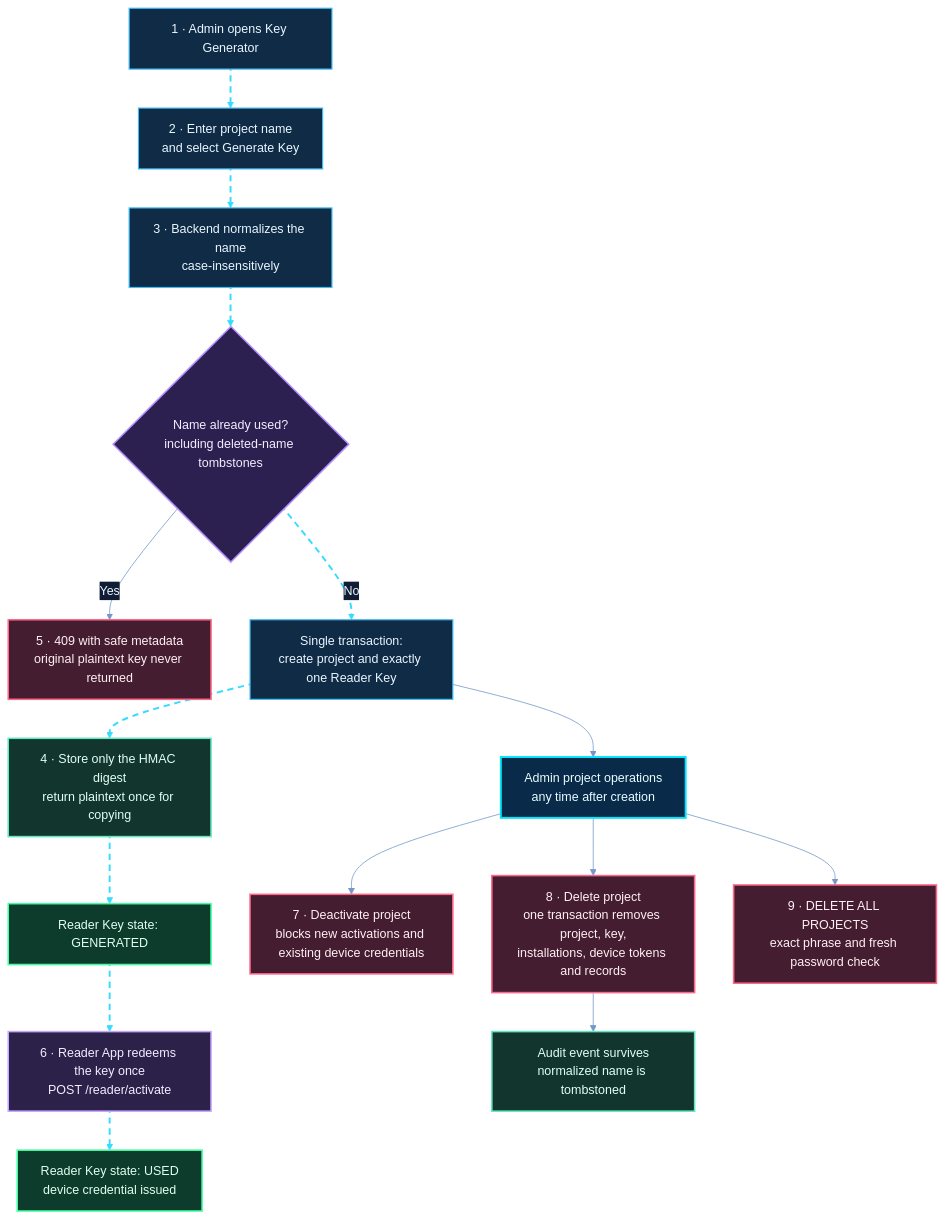
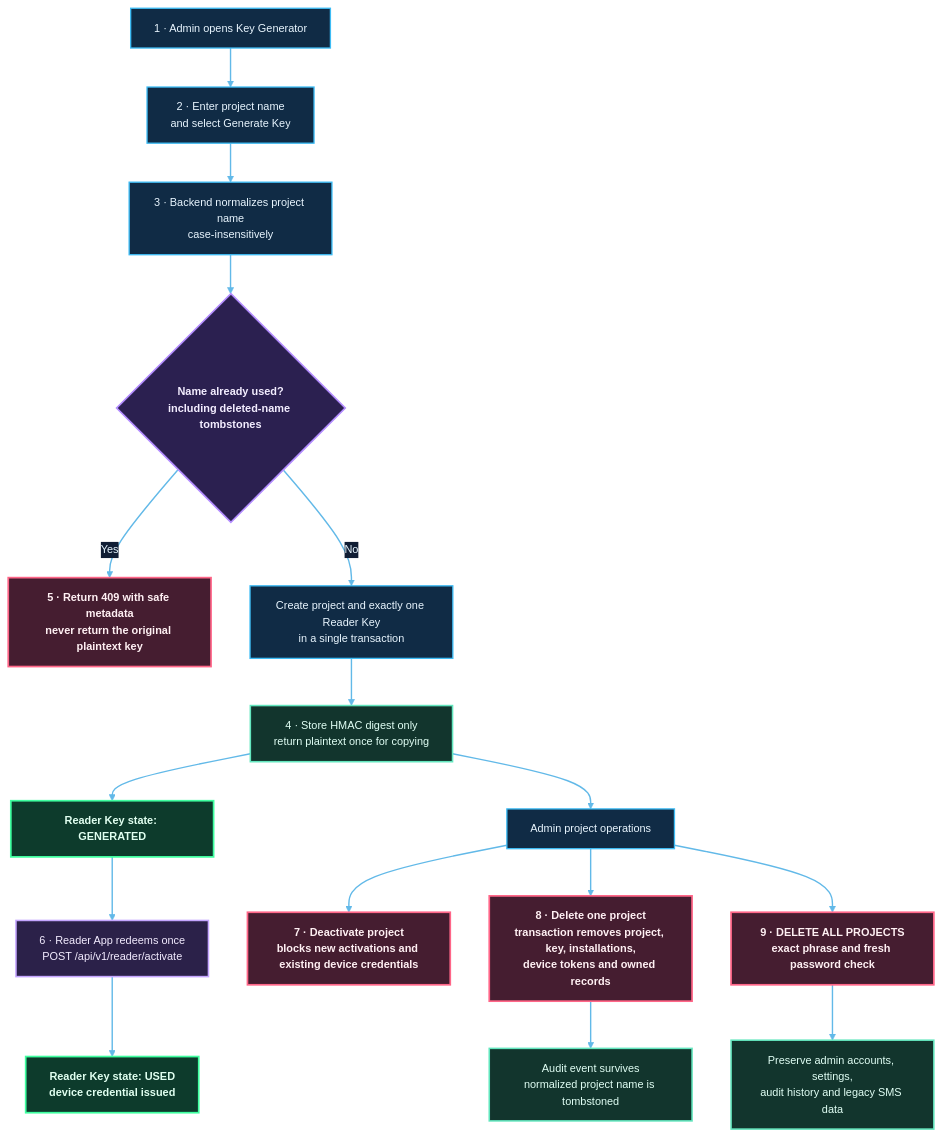
One commit to shajeduzzamanenan992008inc/NexOra-Database-key-Gen changed diagram 13 of 23 in README.md. Above: the diagram before and after it, drawn with Mermaid. The commit also changed other lines of this file, not shown here.

````diff
--- a/README.md
+++ b/README.md
@@ -1153,40 +1147,39 @@
 ```mermaid
-%%{init: {"theme":"base","themeVariables":{"darkMode":true,"background":"#07111f","primaryColor":"#102744","primaryTextColor":"#e8f7ff","primaryBorderColor":"#00d9ff","lineColor":"#7297c8","secondaryColor":"#261d45","secondaryTextColor":"#f3eaff","secondaryBorderColor":"#a78bfa","tertiaryColor":"#12332b","tertiaryTextColor":"#e0fff1","tertiaryBorderColor":"#41e6a2","fontFamily":"Inter, Segoe UI, sans-serif","edgeLabelBackground":"#101d34","mainBkg":"#102744","nodeBorder":"#00d9ff","clusterBkg":"#0b1930","clusterBorder":"#6f7dff","actorBkg":"#102744","actorBorder":"#00d9ff","actorTextColor":"#e8f7ff","signalColor":"#64d8ff","signalTextColor":"#e8f7ff","noteBkgColor":"#0e332b","noteBorderColor":"#41e6a2","noteTextColor":"#e0fff1"}}}%%
-flowchart TD
-    S1["1 · Admin opens Key Generator"] nx11e01@--> S2["2 · Enter project name<br/>and select Generate Key"]
-    S2 nx11e02@--> S3["3 · Backend normalizes the name<br/>case-insensitively"]
-    S3 nx11e03@--> Q1{"Name already used?<br/>including deleted-name tombstones"}
-    Q1 -->|Yes| R409["5 · 409 with safe metadata<br/>original plaintext key never returned"]
-    Q1 nx11e04@-->|No| T1["Single transaction:<br/>create project and exactly one Reader Key"]
-    T1 nx11e05@--> T2["4 · Store only the HMAC digest<br/>return plaintext once for copying"]
-    T2 nx11e06@--> ST1["Reader Key state: GENERATED"]
-    ST1 nx11e07@--> RA["6 · Reader App redeems the key once<br/>POST /reader/activate"]
-    RA nx11e08@--> ST2["Reader Key state: USED<br/>device credential issued"]
-    T1 --> OPS["Admin project operations<br/>any time after creation"]
-    OPS --> DA["7 · Deactivate project<br/>blocks new activations and existing device credentials"]
-    OPS --> DP["8 · Delete project<br/>one transaction removes project, key,<br/>installations, device tokens and records"]
-    DP --> AU["Audit event survives<br/>normalized name is tombstoned"]
-    OPS --> DAP["9 · DELETE ALL PROJECTS<br/>exact phrase and fresh password check"]
+%%{init: {"theme":"base","themeVariables":{"darkMode":true,"background":"#07111f","primaryColor":"#102744","primaryTextColor":"#e8f7ff","primaryBorderColor":"#00d9ff","lineColor":"#62b9e8","secondaryColor":"#261d45","secondaryTextColor":"#f3eaff","secondaryBorderColor":"#a78bfa","tertiaryColor":"#12332b","tertiaryTextColor":"#e0fff1","tertiaryBorderColor":"#41e6a2","fontFamily":"Inter, Segoe UI, sans-serif","fontSize":"14px","edgeLabelBackground":"#101d34","mainBkg":"#102744","nodeBorder":"#00d9ff","clusterBkg":"#0b1930","clusterBorder":"#6f7dff","actorBkg":"#102744","actorBorder":"#00d9ff","actorTextColor":"#e8f7ff","signalColor":"#64d8ff","signalTextColor":"#e8f7ff","noteBkgColor":"#0e332b","noteBorderColor":"#41e6a2","noteTextColor":"#e0fff1"}}}%%
+flowchart TB
+    S1["1 · Admin opens Key Generator"] --> S2["2 · Enter project name<br/>and select Generate Key"]
+    S2 --> S3["3 · Backend normalizes project name<br/>case-insensitively"]
+    S3 --> DUP{"Name already used?<br/>including deleted-name tombstones"}
+    DUP -->|Yes| CONFLICT["5 · Return 409 with safe metadata<br/>never return the original plaintext key"]
+    DUP -->|No| TX["Create project and exactly one Reader Key<br/>in a single transaction"]
+    TX --> SECRET["4 · Store HMAC digest only<br/>return plaintext once for copying"]
+    SECRET --> GENERATED["Reader Key state: GENERATED"]
+    GENERATED --> ACTIVATE["6 · Reader App redeems once<br/>POST /api/v1/reader/activate"]
+    ACTIVATE --> USED["Reader Key state: USED<br/>device credential issued"]
 
-    %% OMEGA NEX-ORA visual classes
-    %% OMEGA NEX-ORA / ULTRA NEON PALETTE
-    classDef nxCore fill:#092b49,stroke:#00e5ff,stroke-width:2.5px,color:#e9fbff;
-    classDef nxProcess fill:#102b45,stroke:#3dbcf5,stroke-width:1.5px,color:#e9f6ff;
-    classDef nxDecision fill:#2b2050,stroke:#b38cff,stroke-width:2px,color:#f3edff;
-    classDef nxSuccess fill:#0d3b2c,stroke:#3fffa0,stroke-width:2px,color:#e0fff0;
-    classDef nxDanger fill:#451d30,stroke:#ff6688,stroke-width:2px,color:#fff0f3;
+    SECRET --> OPS["Admin project operations"]
+    OPS --> DISABLE["7 · Deactivate project<br/>blocks new activations and existing device credentials"]
+    OPS --> DELETE["8 · Delete one project<br/>transaction removes project, key, installations,<br/>device tokens and owned records"]
+    DELETE --> AUDIT["Audit event survives<br/>normalized project name is tombstoned"]
+    OPS --> DELETEALL["9 · DELETE ALL PROJECTS<br/>exact phrase and fresh password check"]
+    DELETEALL --> PRESERVE["Preserve admin accounts, settings,<br/>audit history and legacy SMS data"]
+
+
+    %% OMEGA NEX-ORA · ULTRA NEON DESIGN SYSTEM
+    classDef nxCore fill:#092b49,stroke:#00e5ff,stroke-width:2.8px,color:#e9fbff,font-weight:bold;
+    classDef nxProcess fill:#102b45,stroke:#3dbcf5,stroke-width:1.7px,color:#e9f6ff;
+    classDef nxDecision fill:#2b2050,stroke:#b38cff,stroke-width:2.2px,color:#f3edff,font-weight:bold;
+    classDef nxSuccess fill:#0d3b2c,stroke:#3fffa0,stroke-width:2.2px,color:#e0fff0,font-weight:bold;
+    classDef nxDanger fill:#451d30,stroke:#ff6688,stroke-width:2.2px,color:#fff0f3,font-weight:bold;
     classDef nxData fill:#12352d,stroke:#63e6be,stroke-width:2px,color:#e1fff5;
     classDef nxExternal fill:#2b2149,stroke:#c4a5ff,stroke-width:2px,color:#f3ecff;
     classDef nxInfo fill:#17253e,stroke:#91a7c9,stroke-width:1.5px,color:#e5efff;
     classDef nxWarning fill:#453116,stroke:#fbbf24,stroke-width:2px,color:#fff6d6;
-    %% Moving dashed route: Mermaid applies this class to explicitly identified edges.
-    classDef nxAnimated stroke:#35dcff,stroke-width:2.5px,stroke-dasharray:8\,6,stroke-dashoffset:1000,animation:dash 24s linear infinite;
-    class S1,S2,S3,T1 nxProcess;
-    class Q1 nxDecision;
-    class R409,DA,DP,DAP nxDanger;
-    class T2,AU nxData;
-    class ST1,ST2 nxSuccess;
-    class RA nxExternal;
-    class OPS nxCore;
-    class nx11e01,nx11e02,nx11e03,nx11e04,nx11e05,nx11e06,nx11e07,nx11e08 nxAnimated;
+    linkStyle default stroke:#62b9e8,stroke-width:1.8px;
+    class S1,S2,S3,TX,OPS nxProcess;
+    class DUP nxDecision;
+    class CONFLICT,DISABLE,DELETE,DELETEALL nxDanger;
+    class SECRET,AUDIT,PRESERVE nxData;
+    class GENERATED,USED nxSuccess;
+    class ACTIVATE nxExternal;
 ```
````
